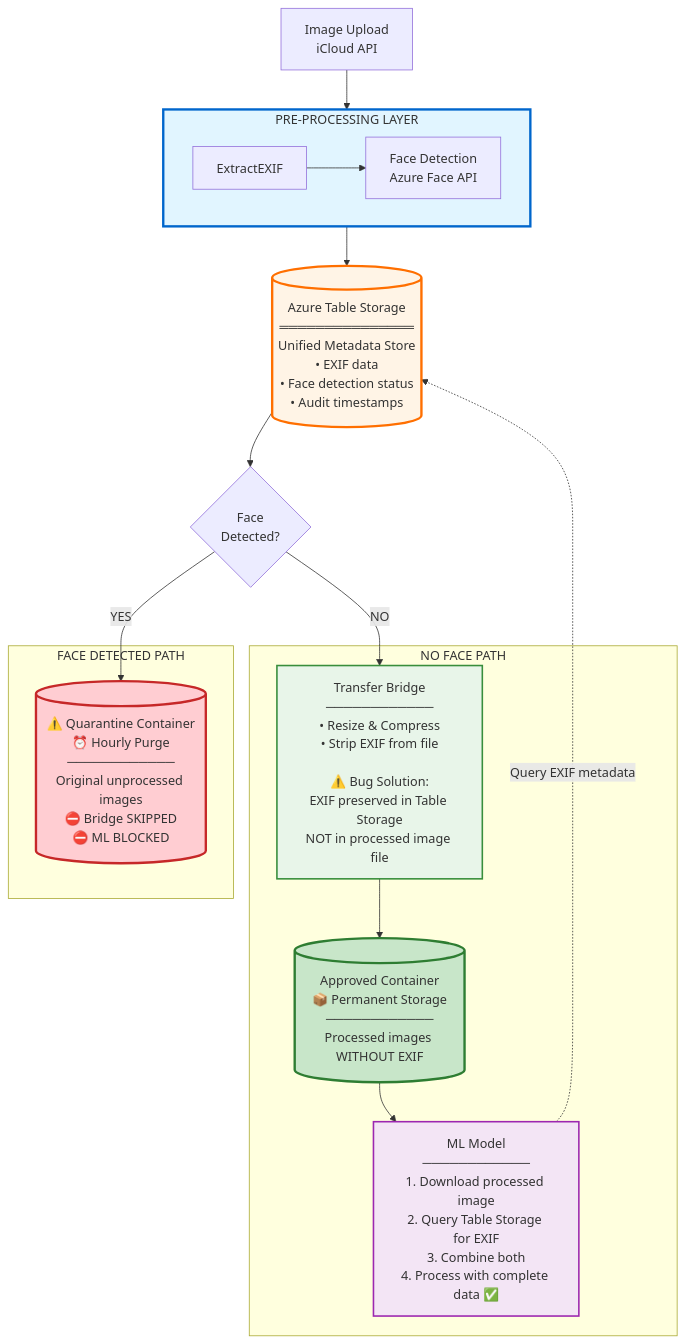
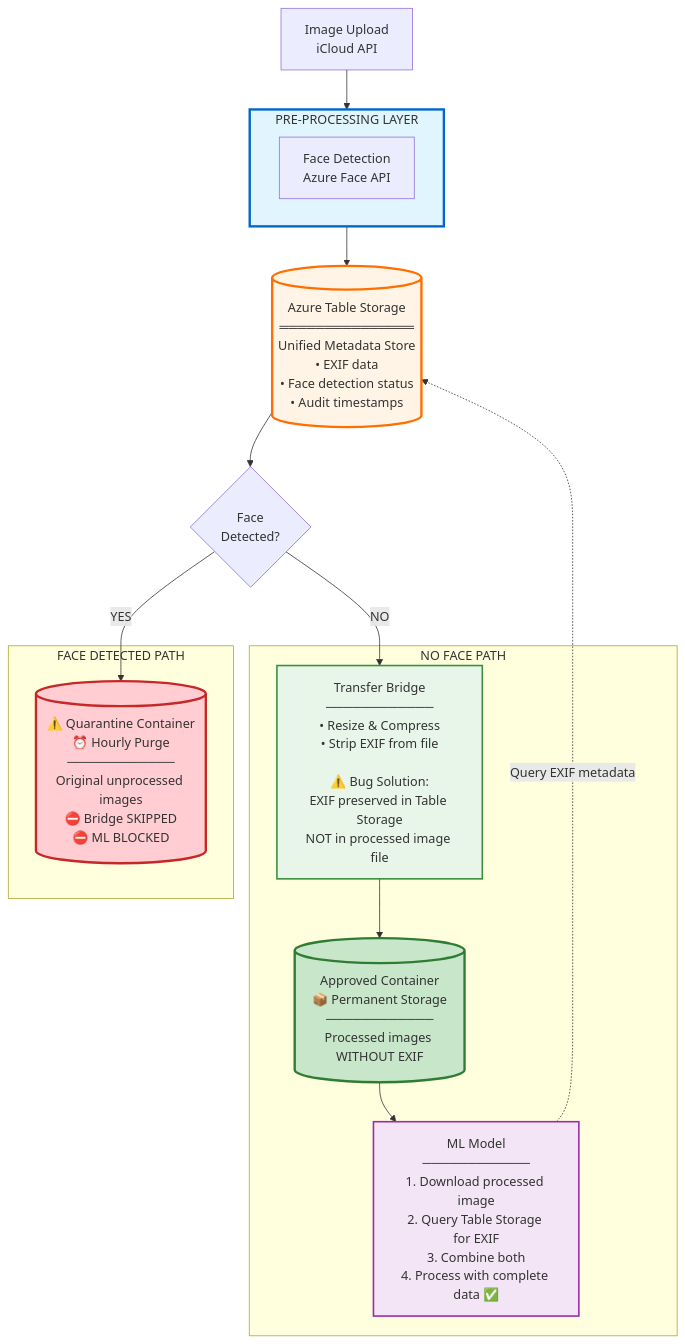
One commit to anandSgunti/cloud changed the diagram in 03. The-Privacy/Solution architecture.md. Above: the diagram before and after it, drawn with Mermaid.

Commit message:
Update Solution architecture.md

````diff
--- a/03. The-Privacy/Solution architecture.md
+++ b/03. The-Privacy/Solution architecture.md
@@ -17,42 +17,41 @@
 ```mermaid
 flowchart TD
     Start[Image Upload<br/>iCloud API]
     
     subgraph PreProcess[PRE-PROCESSING LAYER]
         FaceDetect[Face Detection<br/>Azure Face API]
-        ExtractEXIF --> FaceDetect
     end
     
     TableStorage[(Azure Table Storage<br/>═══════════════<br/>Unified Metadata Store<br/>• EXIF data<br/>• Face detection status<br/>• Audit timestamps)]
     
     Decision{Face<br/>Detected?}
     
     subgraph NoFace[NO FACE PATH]
         Bridge[Transfer Bridge<br/>────────────<br/>• Resize & Compress<br/>• Strip EXIF from file<br/><br/>⚠️ Bug Solution:<br/>EXIF preserved in Table Storage<br/>NOT in processed image file]
         Approved[(Approved Container<br/>📦 Permanent Storage<br/>────────────<br/>Processed images WITHOUT EXIF)]
         ML[ML Model<br/>────────────<br/>1. Download processed image<br/>2. Query Table Storage for EXIF<br/>3. Combine both<br/>4. Process with complete data ✅]
     end
     
     subgraph FacePath[FACE DETECTED PATH]
         Quarantine[(⚠️ Quarantine Container<br/>⏰ Hourly Purge<br/>────────────<br/>Original unprocessed images<br/>⛔ Bridge SKIPPED<br/>⛔ ML BLOCKED)]
     end
     
     Start --> PreProcess
     PreProcess --> TableStorage
     TableStorage --> Decision
     
     Decision -->|NO| Bridge
     Bridge --> Approved
     Approved --> ML
     ML -.Query EXIF metadata.-> TableStorage
     
     Decision -->|YES| Quarantine
     
     
     style PreProcess fill:#e1f5ff,stroke:#0066cc,stroke-width:3px
     style TableStorage fill:#fff4e6,stroke:#ff6f00,stroke-width:3px
     style Bridge fill:#e8f5e9,stroke:#388e3c,stroke-width:2px
     style Approved fill:#c8e6c9,stroke:#2e7d32,stroke-width:3px
     style ML fill:#f3e5f5,stroke:#9c27b0,stroke-width:2px
     style Quarantine fill:#ffcdd2,stroke:#c62828,stroke-width:3px
 ```
````
